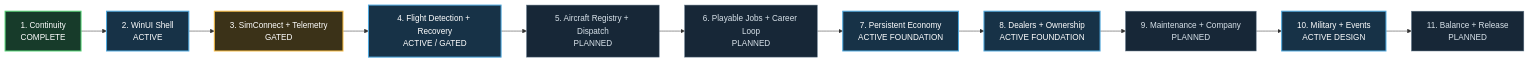
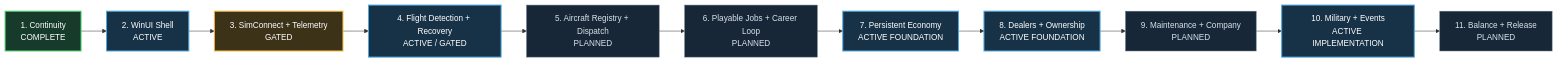
The first of 2 diagrams in docs/development-master-checklist.md (dhavalpddn-eng/OpenCareer), drawn with Mermaid before and after one commit. The commit also changed other lines of this file and 4 other files, not shown here.

Commit message:
docs: update military conflict implementation status

````diff
--- a/docs/development-master-checklist.md
+++ b/docs/development-master-checklist.md
@@ -28,23 +28,23 @@
 ```mermaid
 flowchart LR
     C1["1. Continuity<br/>COMPLETE"] --> C2["2. WinUI Shell<br/>ACTIVE"]
     C2 --> C3["3. SimConnect + Telemetry<br/>GATED"]
     C3 --> C4["4. Flight Detection + Recovery<br/>ACTIVE / GATED"]
     C4 --> C5["5. Aircraft Registry + Dispatch<br/>PLANNED"]
     C5 --> C6["6. Playable Jobs + Career Loop<br/>PLANNED"]
     C6 --> C7["7. Persistent Economy<br/>ACTIVE FOUNDATION"]
     C7 --> C8["8. Dealers + Ownership<br/>ACTIVE FOUNDATION"]
     C8 --> C9["9. Maintenance + Company<br/>PLANNED"]
-    C9 --> C10["10. Military + Events<br/>ACTIVE DESIGN"]
+    C9 --> C10["10. Military + Events<br/>ACTIVE IMPLEMENTATION"]
     C10 --> C11["11. Balance + Release<br/>PLANNED"]
 
     classDef complete fill:#173b2a,stroke:#52D273,color:#ffffff,stroke-width:2px;
     classDef active fill:#173247,stroke:#4EA8DE,color:#ffffff,stroke-width:2px;
     classDef gated fill:#3b3218,stroke:#F4B942,color:#ffffff,stroke-width:2px;
     classDef planned fill:#172737,stroke:#5d7285,color:#d8e2ea,stroke-width:1px;
 
     class C1 complete;
     class C2,C4,C7,C8,C10 active;
     class C3 gated;
     class C5,C6,C9,C11 planned;
 ```
````
